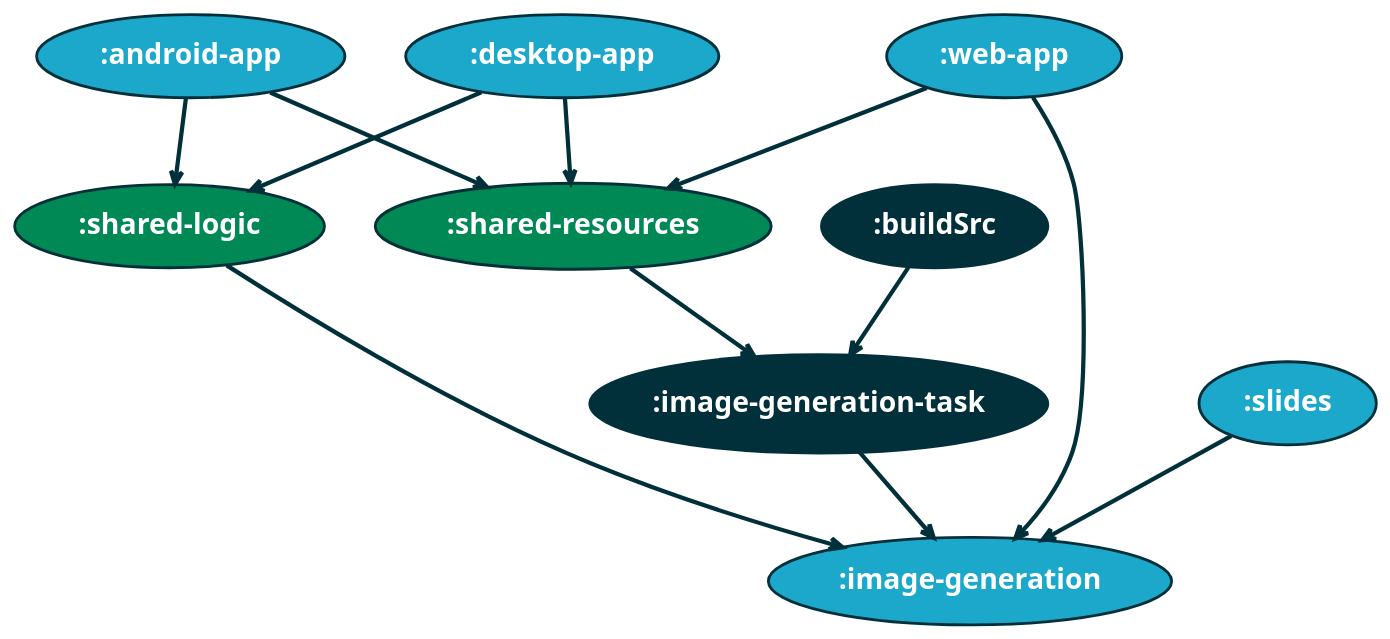
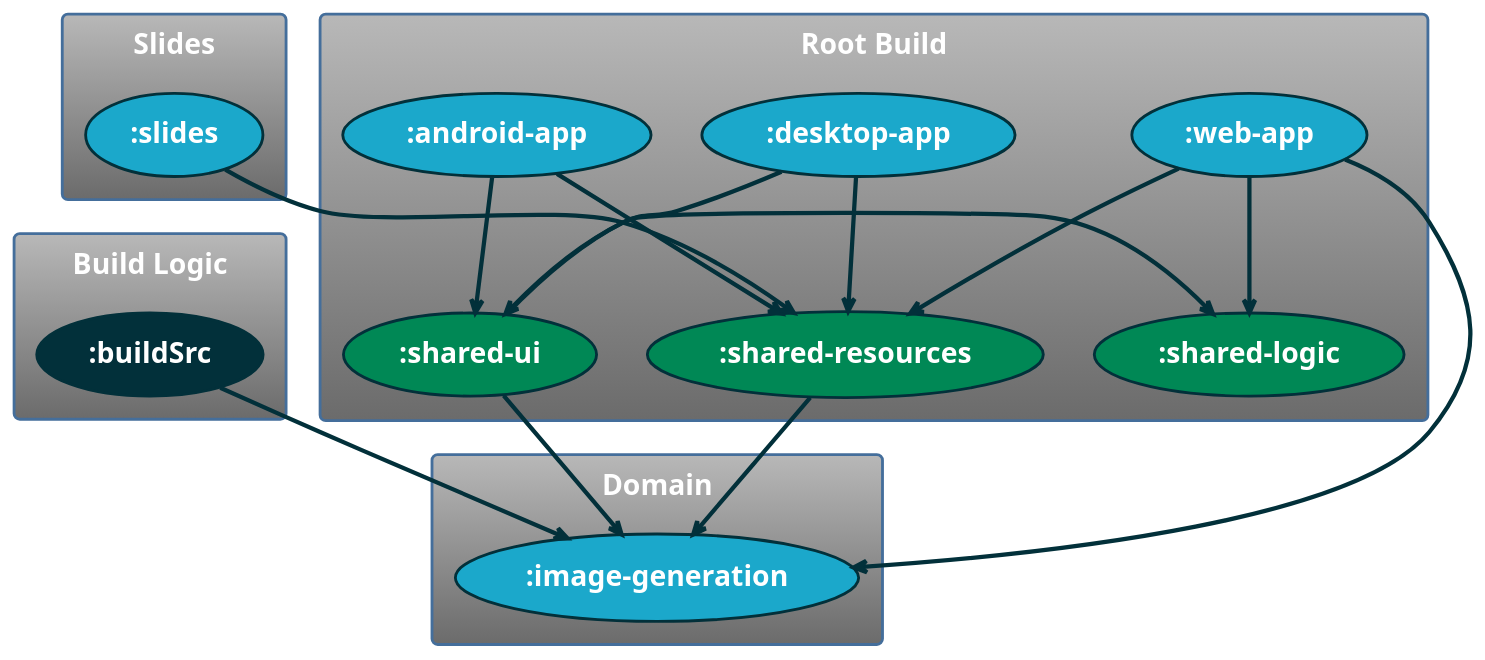
One commit to gradle/imaginate changed the diagram in slides/src/docs/asciidoc/fragments/_diagram_build-logic-graph.adoc. Above: the diagram before and after it, drawn with PlantUML. The commit also changed 2 other files, not shown here.

Commit message:
Slides improvements

```diff
--- a/slides/src/docs/asciidoc/fragments/_diagram_build-logic-graph.adoc
+++ b/slides/src/docs/asciidoc/fragments/_diagram_build-logic-graph.adoc
@@ -1,41 +1,52 @@
 [plantuml]
 ....
 @startuml
 !theme spacelab
 skinparam shadowing false
 skinparam defaultFontSize 20
 skinparam defaultFontName Helvetica
 skinparam defaultFontColor white
 skinparam usecase {
   BackgroundColor 1ba8cb
   BorderColor 02303a
   ArrowColor 02303a
 }
 top to bottom direction
+rectangle Domain {
+    "**:image-generation**" as (imageGeneration)
+}
+rectangle "Build Logic" {
+    "**:buildSrc**" as (buildLogic) #02303a
+}
+rectangle "Root Build" {
 "**:shared-resources**" as (sharedResources) #008855
 "**:shared-logic**" as (sharedLogic) #008855
-"**:image-generation-task**" as (imageGenerationTask) #02303a
-"**:image-generation**" as (imageGeneration)
-"**:buildSrc**" as (buildLogic) #02303a
-"**:web-app**" as (webApp)
-"**:desktop-app**" as (desktopApp)
-"**:android-app**" as (androidApp)
-"**:slides**" as (slides)
-
-buildLogic --> imageGenerationTask
-imageGenerationTask --> imageGeneration
-sharedLogic --> imageGeneration
-sharedResources --> imageGenerationTask
+"**:shared-ui**" as (sharedUi) #008855
+    "**:web-app**" as (webApp)
+    "**:desktop-app**" as (desktopApp)
+    "**:android-app**" as (androidApp)
+}
+rectangle Slides {
+    "**:slides**" as (slides)
+}
 
 androidApp --> sharedResources
-androidApp --> sharedLogic
+androidApp --> sharedUi
 
 desktopApp --> sharedResources
-desktopApp --> sharedLogic
+desktopApp --> sharedUi
 
+webApp --> sharedLogic
 webApp --> sharedResources
 webApp --> imageGeneration
 
-slides --> imageGeneration
+slides --> sharedResources
+
+buildLogic --> imageGeneration
+sharedResources --> imageGeneration
+sharedUi -> sharedLogic
+sharedUi -> imageGeneration
+
+
 @enduml
 ....
```
